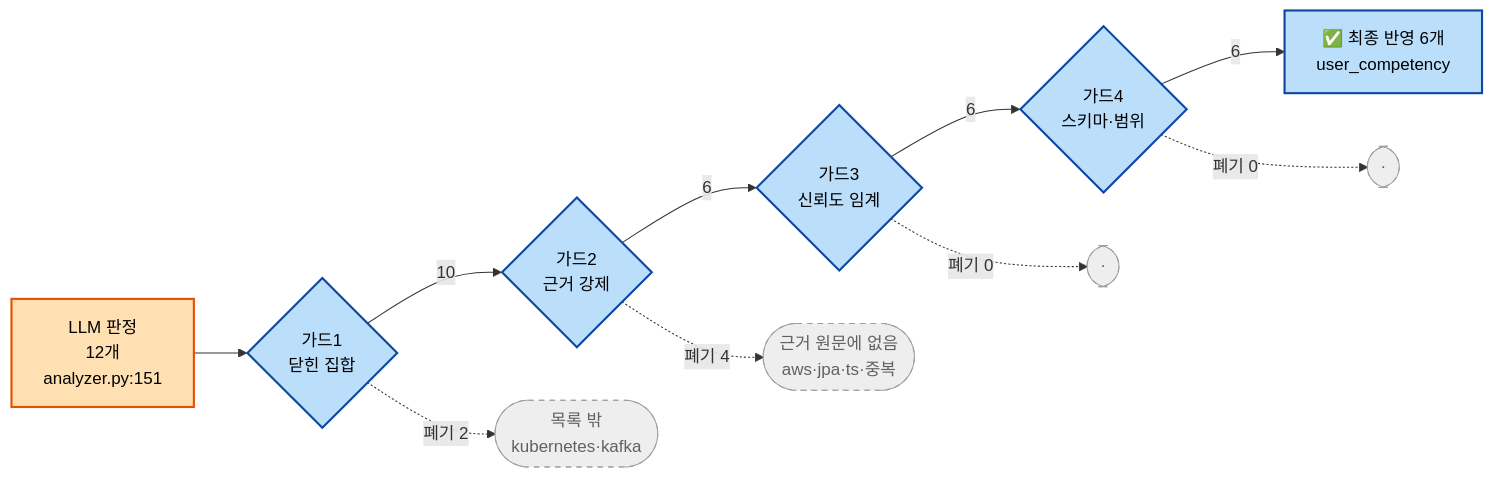
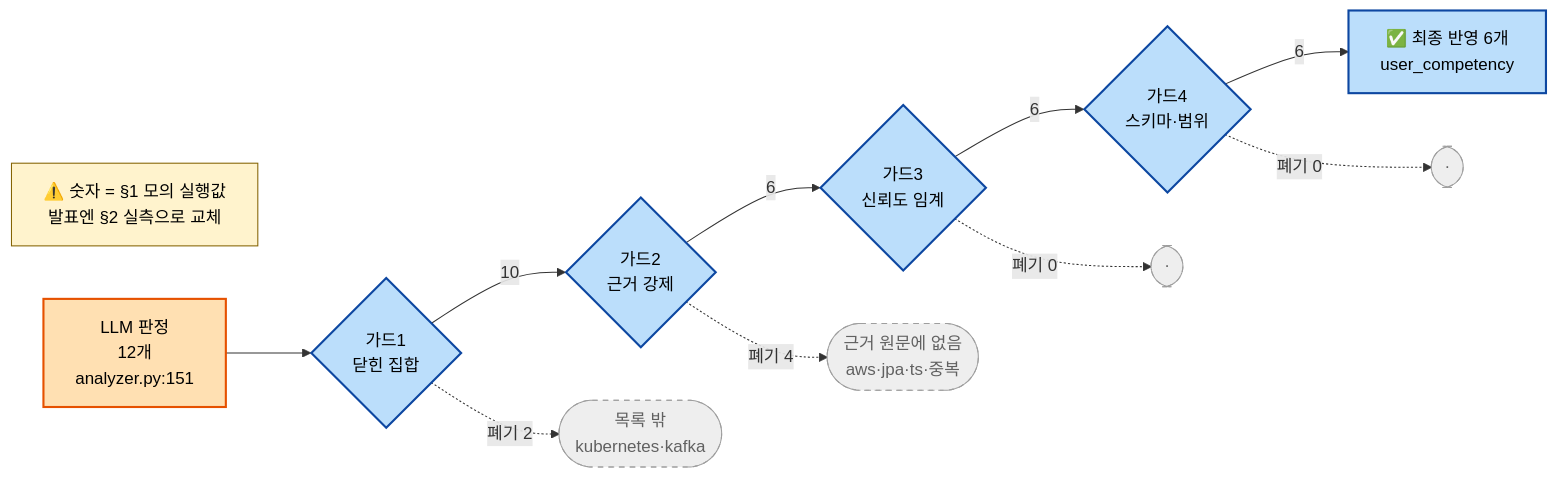
The second of 3 diagrams in docs/ai-pipeline.md (myith-sw/myith-worker), drawn with Mermaid before and after one commit. The commit also changed 1 other file, not shown here.

Commit message:
docs: 방어표 브레이커 범위 정정(OCR 제외) + 그림2 '모의' 라벨 그림 내부화
[1a] ai-defenses.md: '모든 async 외부호출' → '외부 LLM·GitHub·Vision 호출에 브레이커'.
     전수조사 M3에서 OCR엔 브레이커·타임아웃 없음 확인 — '모든' 빼면 참이 됨(괄호 목록은 정확).
[3]  ai-defenses.md: OCR은 데모 .env 자격증명 미설정으로 경로 미실행(데모 범위 밖) 한 줄 명시.
[1b] ai-pipeline.md 그림2: '숫자=§1 모의, 발표엔 §2 실측 교체' 노트 노드를 Mermaid 내부에 삽입.
     그림만 캡처해도 모의 표시가 남아 숫자 부풀림 오해 차단(스톱갭 — 그림 교체본 오면 덮음).

그림1·2·3 전체 교체본은 미반영: 요청 메시지의 Mermaid 붙여넣기가 빈 placeholder로 도착.
코드 변경 없음(문서만).

````diff
--- a/docs/ai-pipeline.md
+++ b/docs/ai-pipeline.md
@@ -74,16 +74,18 @@
 ```mermaid
 flowchart LR
+    NOTE["⚠️ 숫자 = §1 모의 실행값<br/>발표엔 §2 실측으로 교체"]:::note
     L["LLM 판정<br/>12개<br/>analyzer.py:151"]:::llm --> G1{"가드1<br/>닫힌 집합"}:::det
     G1 -->|"10"| G2{"가드2<br/>근거 강제"}:::det
     G1 -. "폐기 2" .-> X1([목록 밖<br/>kubernetes·kafka]):::drop
     G2 -->|"6"| G3{"가드3<br/>신뢰도 임계"}:::det
     G2 -. "폐기 4" .-> X2([근거 원문에 없음<br/>aws·jpa·ts·중복]):::drop
     G3 -->|"6"| G4{"가드4<br/>스키마·범위"}:::det
     G3 -. "폐기 0" .-> X3([·]):::drop
     G4 -->|"6"| ACC["✅ 최종 반영 6개<br/>user_competency"]:::det
     G4 -. "폐기 0" .-> X4([·]):::drop
 
     classDef llm fill:#ffe0b2,stroke:#e65100,stroke-width:2px,color:#000;
     classDef det fill:#bbdefb,stroke:#0d47a1,stroke-width:2px,color:#000;
     classDef drop fill:#eeeeee,stroke:#9e9e9e,stroke-dasharray:5 5,color:#616161;
+    classDef note fill:#fff3cd,stroke:#856404,stroke-width:1px,color:#000;
 ```
````
